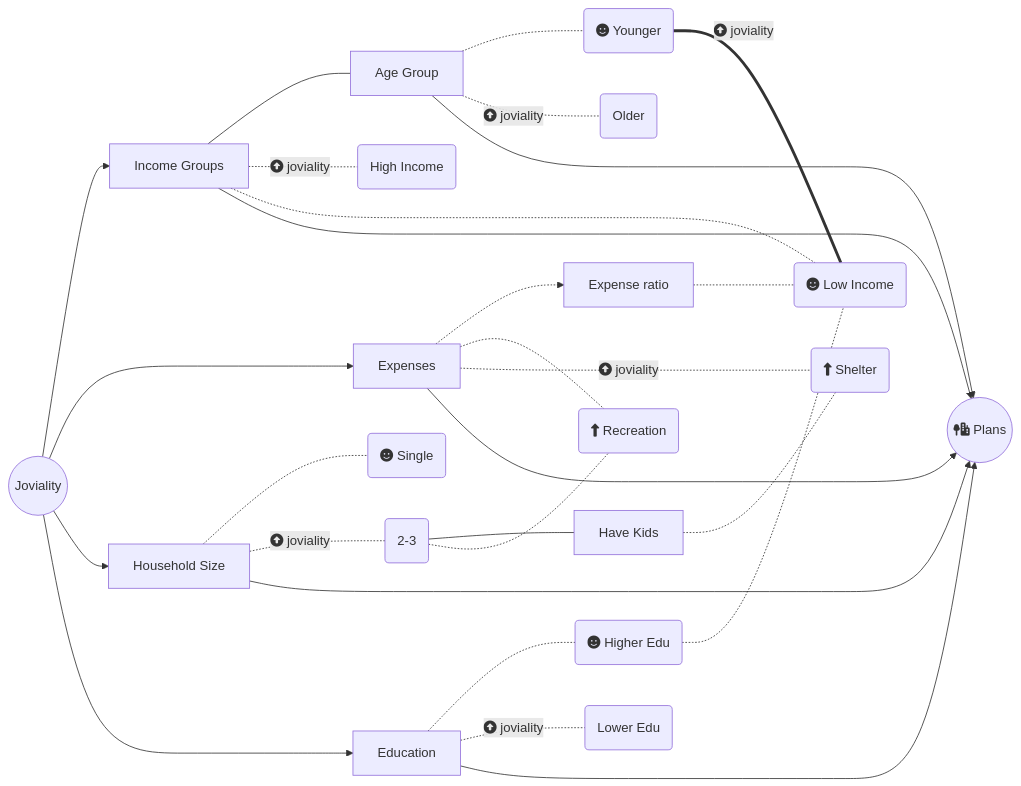
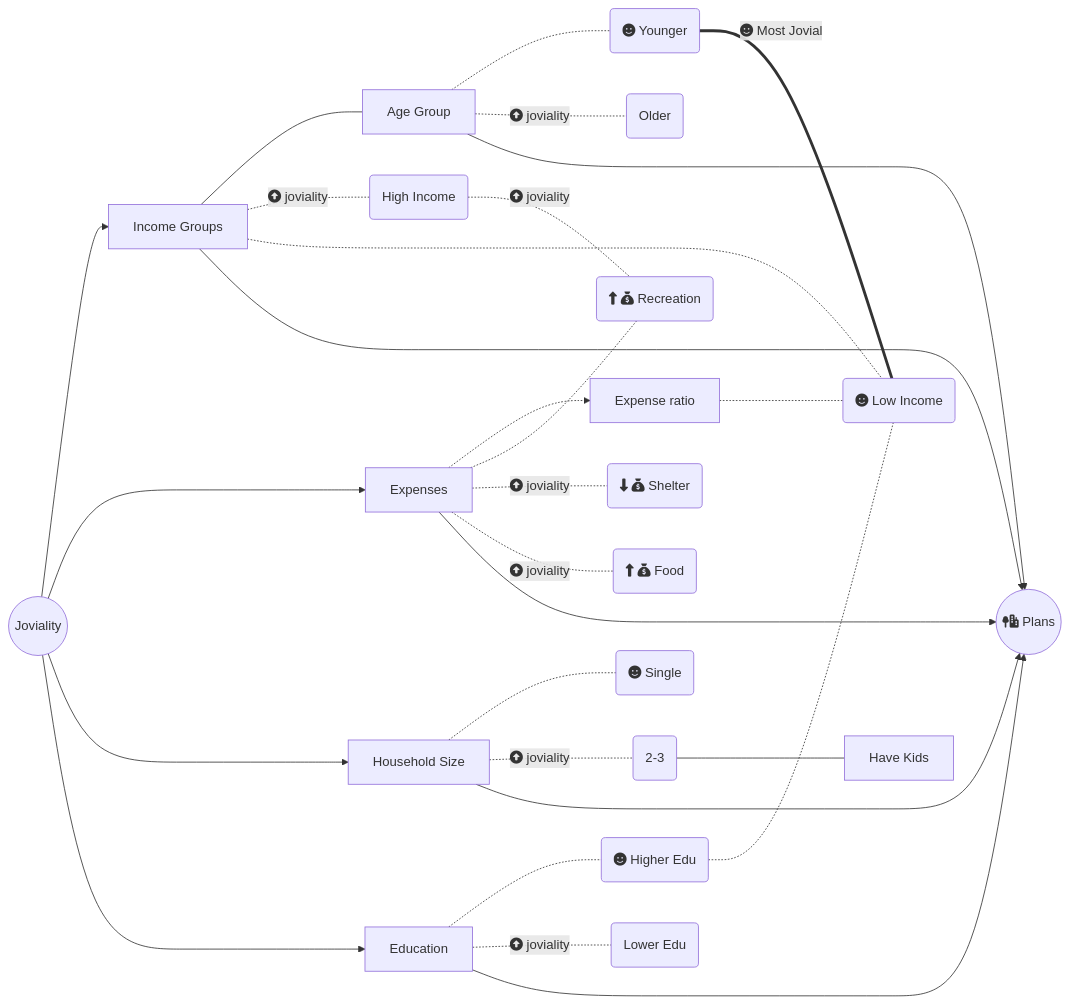
The fifth of 5 diagrams in Take-home_Ex/Take-home_Ex01/Take-home_Ex01.qmd (haileycsy/ISSS608-VAA), drawn with Mermaid before and after one commit. The commit also changed other lines of this file and 72 other files, not shown here.

````diff
--- a/Take-home_Ex/Take-home_Ex01/Take-home_Ex01.qmd
+++ b/Take-home_Ex/Take-home_Ex01/Take-home_Ex01.qmd
@@ -1971,22 +2122,23 @@
 ```{mermaid}
 %%| fig-width: 8
 flowchart LR
 A((Joviality)) --> B[Income Groups] --- E[Age Group]
 B -.-|fa:fa-circle-up joviality| C(High Income)
 B -.- D(fa:fa-face-smile Low Income)
-E -.- F(fa:fa-face-smile Younger) ===|fa:fa-circle-up joviality| D
+E -.- F(fa:fa-face-smile Younger) ===|fa:fa-face-smile Most Jovial| D
 E -.-|fa:fa-circle-up joviality| G(Older)
 A ---> H[Expenses] -.-> I[Expense ratio] -.- D
-H -.- J(fa:fa-up-long Recreation)
-H -.-|fa:fa-circle-up joviality| K(fa:fa-up-long Shelter)
+H -.- J(fa:fa-up-long fa:fa-sack-dollar Recreation)
+C -.-|fa:fa-circle-up joviality| J
+H -.-|fa:fa-circle-up joviality| K(fa:fa-down-long fa:fa-sack-dollar Shelter)
+H -.-|fa:fa-circle-up joviality| S(fa:fa-up-long fa:fa-sack-dollar Food)
 A --> L[Household Size] -.- M(fa:fa-face-smile Single)
-L -.-|fa:fa-circle-up joviality| N(2-3) --- O[Have Kids] -.- K
-N -.- J
+L -.-|fa:fa-circle-up joviality| N(2-3) --- O[Have Kids]
 A ---> P[Education] -.- Q(fa:fa-face-smile Higher Edu) -.- D
 P -.-|fa:fa-circle-up joviality| R(Lower Edu)
-B ----> S((fa:fa-tree-city Plans))
-E ----> S
-H ----> S
-L ----> S
-P ----> S
+B ----> T((fa:fa-tree-city Plans))
+E ----> T
+H ----> T
+L ----> T
+P ----> T
 ```
````
